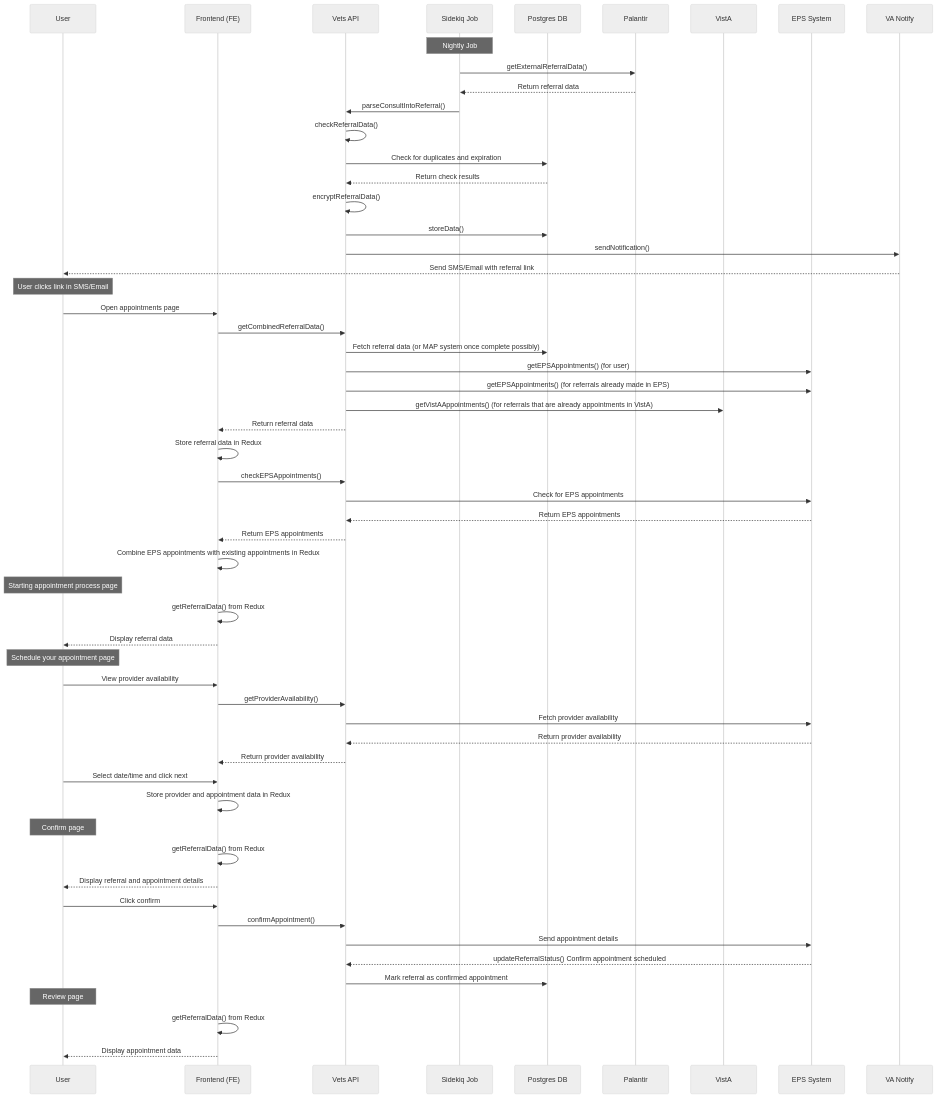
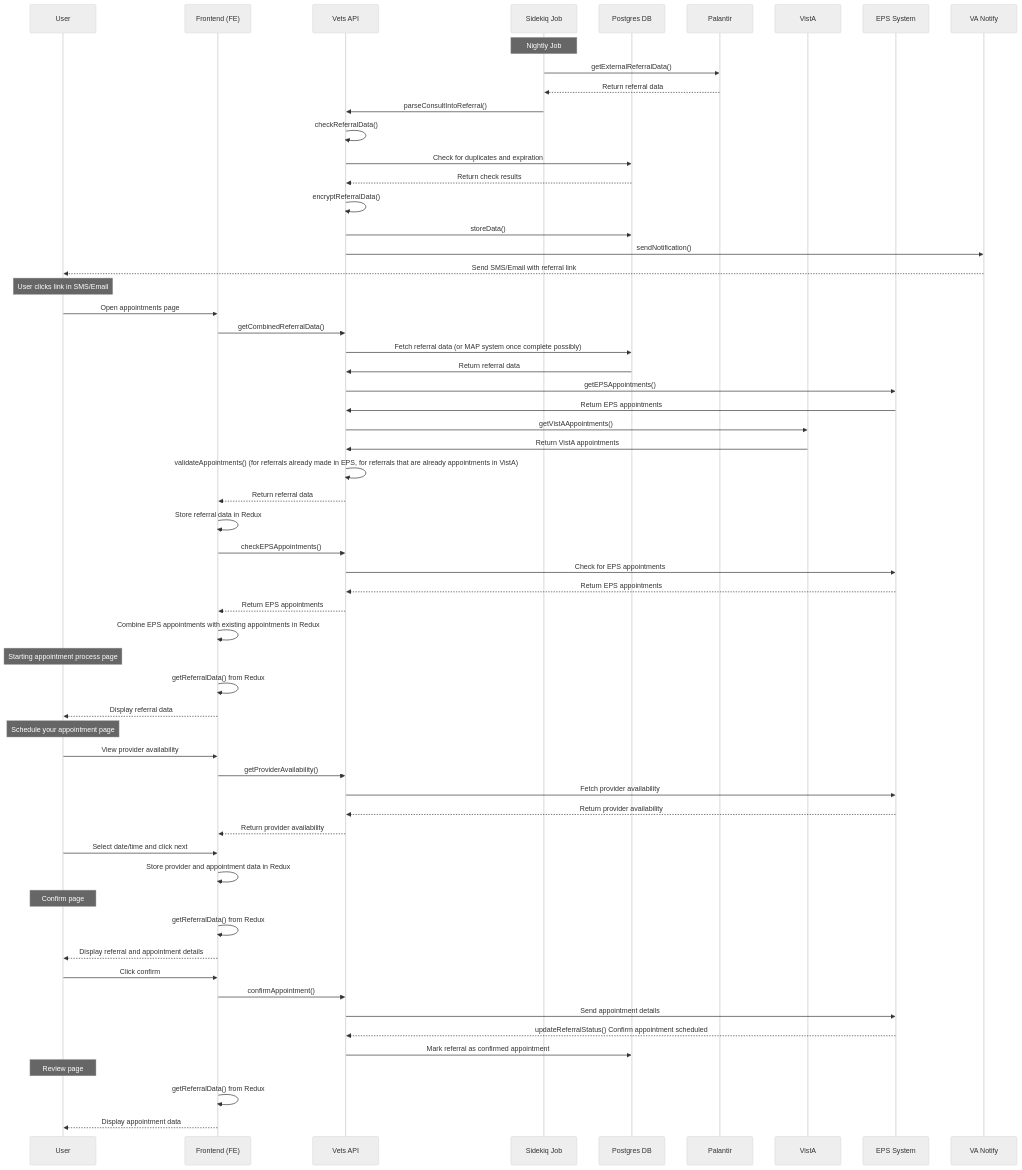
The fourth of 4 diagrams in products/health-care/appointments/va-online-scheduling/engineering/architecture/community-care-technical-documentation.md (department-of-veterans-affairs/va.gov-team), drawn with Mermaid (neutral theme) before and after one commit.

````diff
--- a/products/health-care/appointments/va-online-scheduling/engineering/architecture/community-care-technical-documentation.md
+++ b/products/health-care/appointments/va-online-scheduling/engineering/architecture/community-care-technical-documentation.md
@@ -131,65 +131,68 @@
 ```mermaid
 sequenceDiagram
     participant User
     participant Frontend as Frontend (FE)
     participant VetsAPI as Vets API
     participant Sidekiq as Sidekiq Job
     participant Postgres as Postgres DB
     participant Palantir as Palantir
     participant VistA as VistA
     participant EPS as EPS System
     participant VA as VA Notify
 
     Note over Sidekiq: Nightly Job
     Sidekiq->>Palantir: getExternalReferralData()
     Palantir-->>Sidekiq: Return referral data
     Sidekiq->>VetsAPI: parseConsultIntoReferral()
     VetsAPI->>VetsAPI: checkReferralData()
     VetsAPI->>Postgres: Check for duplicates and expiration
     Postgres-->>VetsAPI: Return check results
     VetsAPI->>VetsAPI: encryptReferralData()
     VetsAPI->>Postgres: storeData()
     VetsAPI->>VA: sendNotification()
     VA-->>User: Send SMS/Email with referral link
 
     Note over User: User clicks link in SMS/Email
     User->>Frontend: Open appointments page
     Frontend->>VetsAPI: getCombinedReferralData()
     VetsAPI->>Postgres: Fetch referral data (or MAP system once complete possibly)
-    VetsAPI->>EPS: getEPSAppointments() (for user)
-    VetsAPI->>EPS: getEPSAppointments() (for referrals already made in EPS)
-    VetsAPI->>VistA: getVistAAppointments() (for referrals that are already appointments in VistA)
+    Postgres->>VetsAPI: Return referral data
+    VetsAPI->>EPS: getEPSAppointments() 
+    EPS->>VetsAPI: Return EPS appointments
+    VetsAPI->>VistA: getVistAAppointments() 
+    VistA->>VetsAPI: Return VistA appointments
+    VetsAPI->>VetsAPI: validateAppointments() (for referrals already made in EPS, for referrals that are already appointments in VistA)
     VetsAPI-->>Frontend: Return referral data
     Frontend->>Frontend: Store referral data in Redux
     Frontend->>VetsAPI: checkEPSAppointments()
     VetsAPI->>EPS: Check for EPS appointments
     EPS-->>VetsAPI: Return EPS appointments
     VetsAPI-->>Frontend: Return EPS appointments
     Frontend->>Frontend: Combine EPS appointments with existing appointments in Redux
 
     Note over User: Starting appointment process page
     Frontend->>Frontend: getReferralData() from Redux
     Frontend-->>User: Display referral data
 
     Note over User: Schedule your appointment page
     User->>Frontend: View provider availability
     Frontend->>VetsAPI: getProviderAvailability()
     VetsAPI->>EPS: Fetch provider availability
     EPS-->>VetsAPI: Return provider availability
     VetsAPI-->>Frontend: Return provider availability
     User->>Frontend: Select date/time and click next
     Frontend->>Frontend: Store provider and appointment data in Redux
 
     Note over User: Confirm page
     Frontend->>Frontend: getReferralData() from Redux
     Frontend-->>User: Display referral and appointment details
     User->>Frontend: Click confirm
     Frontend->>VetsAPI: confirmAppointment()
     VetsAPI->>EPS: Send appointment details
     EPS-->>VetsAPI: updateReferralStatus() Confirm appointment scheduled
     VetsAPI->>Postgres: Mark referral as confirmed appointment
 
     Note over User: Review page
     Frontend->>Frontend: getReferralData() from Redux
     Frontend-->>User: Display appointment data
 ```
````
